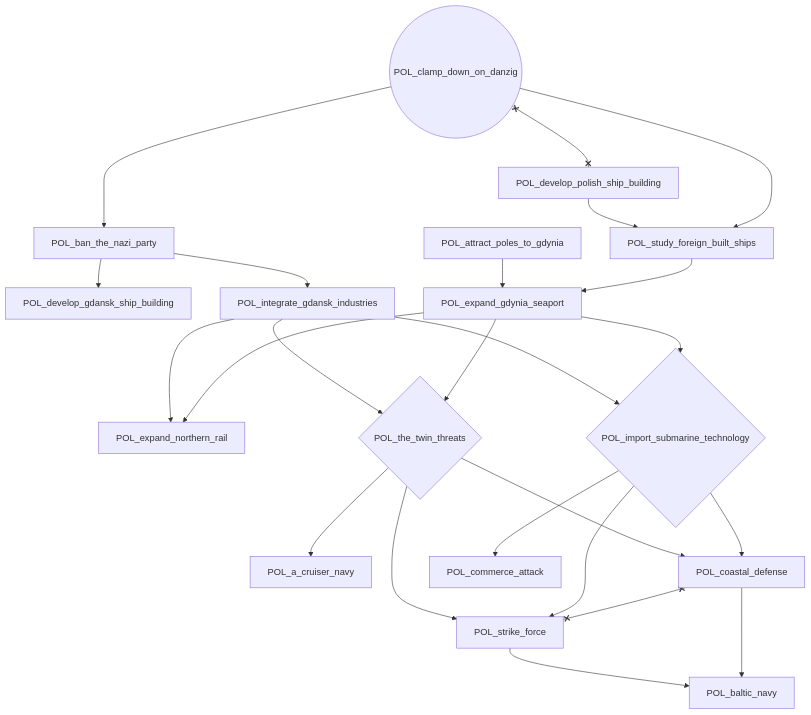
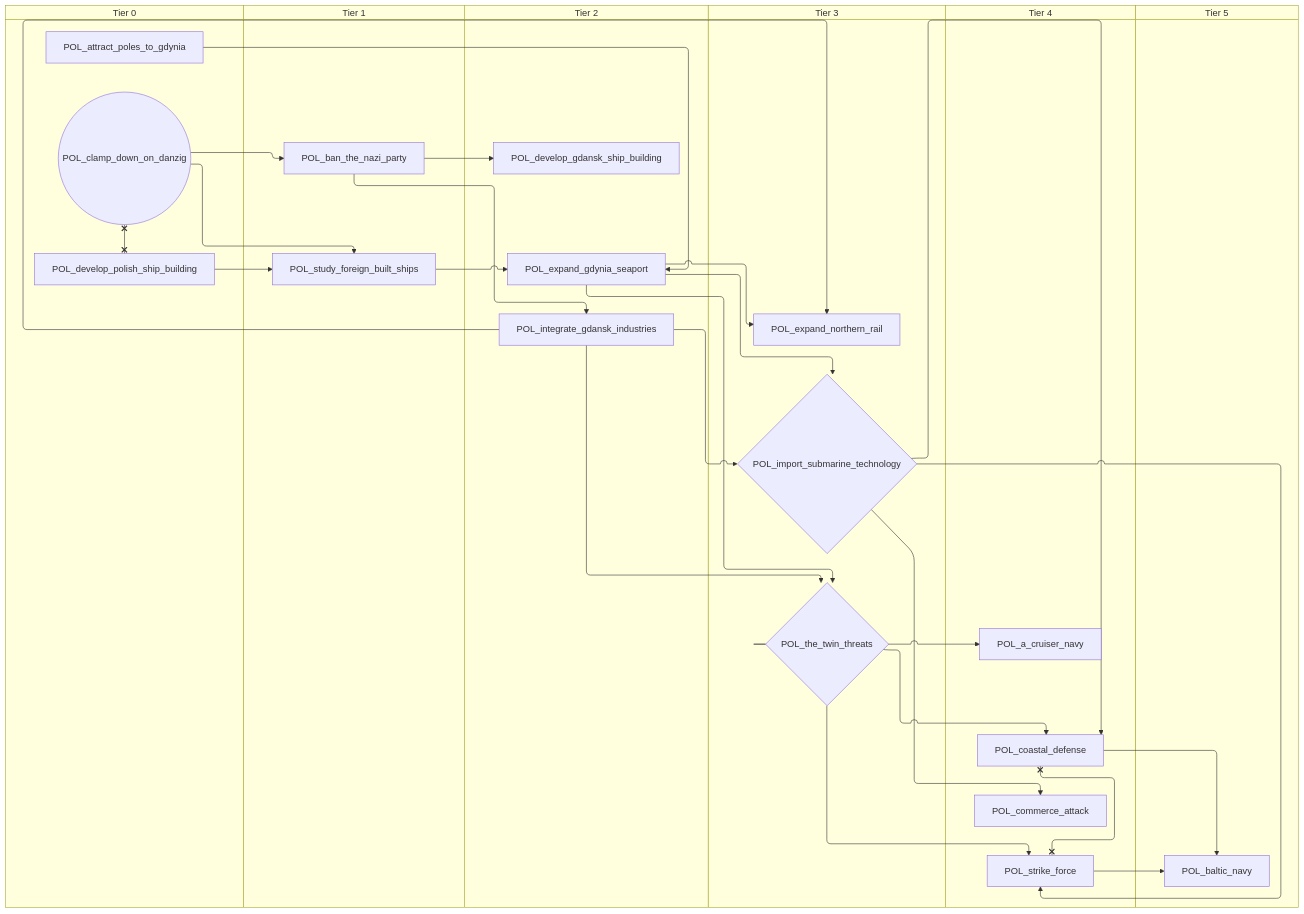
The second of 12 diagrams in docs/gdd/National Focuses/poland.md (evgeny-sobol/hoi4-sandbox-mode), drawn with Mermaid before and after one commit. The commit also changed other lines of this file and 80 other files, not shown here.

First line of the commit message:
Add swimlane mode to focus graph exporter

````diff
--- a/docs/gdd/National Focuses/poland.md
+++ b/docs/gdd/National Focuses/poland.md
@@ -217,42 +241,54 @@
 ```mermaid
-flowchart TD
-    n79["POL_a_cruiser_navy"]
-    n80["POL_attract_poles_to_gdynia"]
-    n81["POL_baltic_navy"]
-    n82["POL_ban_the_nazi_party"]
-    n83(("POL_clamp_down_on_danzig"))
-    n84["POL_coastal_defense"]
-    n85["POL_commerce_attack"]
-    n86["POL_develop_gdansk_ship_building"]
-    n87["POL_develop_polish_ship_building"]
-    n88["POL_expand_gdynia_seaport"]
-    n89["POL_expand_northern_rail"]
-    n90{"POL_import_submarine_technology"}
-    n91["POL_integrate_gdansk_industries"]
-    n92["POL_strike_force"]
-    n93["POL_study_foreign_built_ships"]
-    n94{"POL_the_twin_threats"}
-    n94 --> n79
-    n92 --> n81
-    n84 --> n81
-    n83 --> n82
-    n94 --> n84
-    n90 --> n84
-    n90 --> n85
+swimlane-beta TD
+    subgraph tier_0["Tier 0"]
+        n79["POL_attract_poles_to_gdynia"]
+        n80(("POL_clamp_down_on_danzig"))
+        n81["POL_develop_polish_ship_building"]
+    end
+    subgraph tier_1["Tier 1"]
+        n82["POL_ban_the_nazi_party"]
+        n83["POL_study_foreign_built_ships"]
+    end
+    subgraph tier_2["Tier 2"]
+        n84["POL_develop_gdansk_ship_building"]
+        n85["POL_expand_gdynia_seaport"]
+        n86["POL_integrate_gdansk_industries"]
+    end
+    subgraph tier_3["Tier 3"]
+        n87["POL_expand_northern_rail"]
+        n88{"POL_import_submarine_technology"}
+        n89{"POL_the_twin_threats"}
+    end
+    subgraph tier_4["Tier 4"]
+        n90["POL_a_cruiser_navy"]
+        n91["POL_coastal_defense"]
+        n92["POL_commerce_attack"]
+        n93["POL_strike_force"]
+    end
+    subgraph tier_5["Tier 5"]
+        n94["POL_baltic_navy"]
+    end
+    n89 --> n90
+    n93 --> n94
+    n91 --> n94
+    n80 --> n82
+    n89 --> n91
+    n88 --> n91
+    n88 --> n92
+    n82 --> n84
+    n79 --> n85
+    n83 --> n85
+    n86 --> n87
+    n85 --> n87
+    n86 --> n88
+    n85 --> n88
     n82 --> n86
-    n80 --> n88
-    n93 --> n88
-    n91 --> n89
-    n88 --> n89
-    n91 --> n90
-    n88 --> n90
-    n82 --> n91
-    n94 --> n92
-    n90 --> n92
-    n87 --> n93
-    n83 --> n93
-    n91 --> n94
-    n88 --> n94
-    n83 x--x n87
-    n84 x--x n92
+    n89 --> n93
+    n88 --> n93
+    n81 --> n83
+    n80 --> n83
+    n86 --> n89
+    n85 --> n89
+    n80 x--x n81
+    n91 x--x n93
 ```
````
